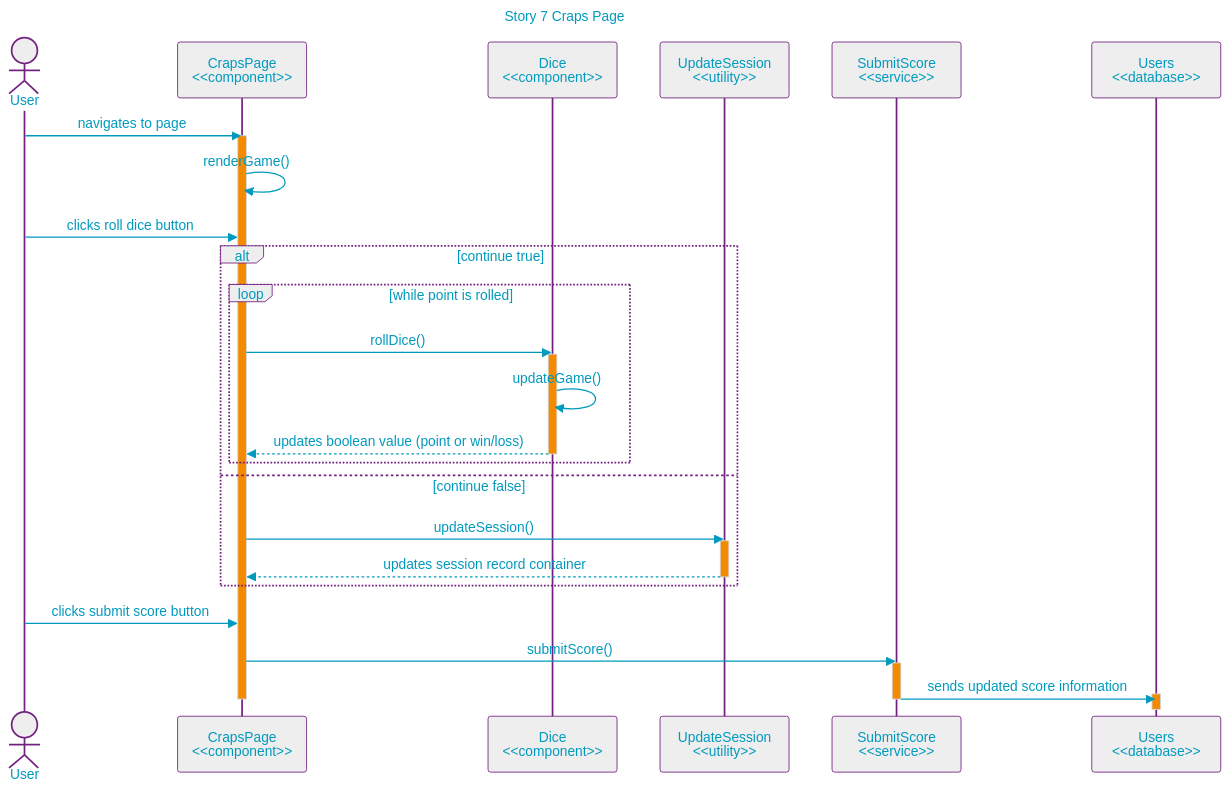
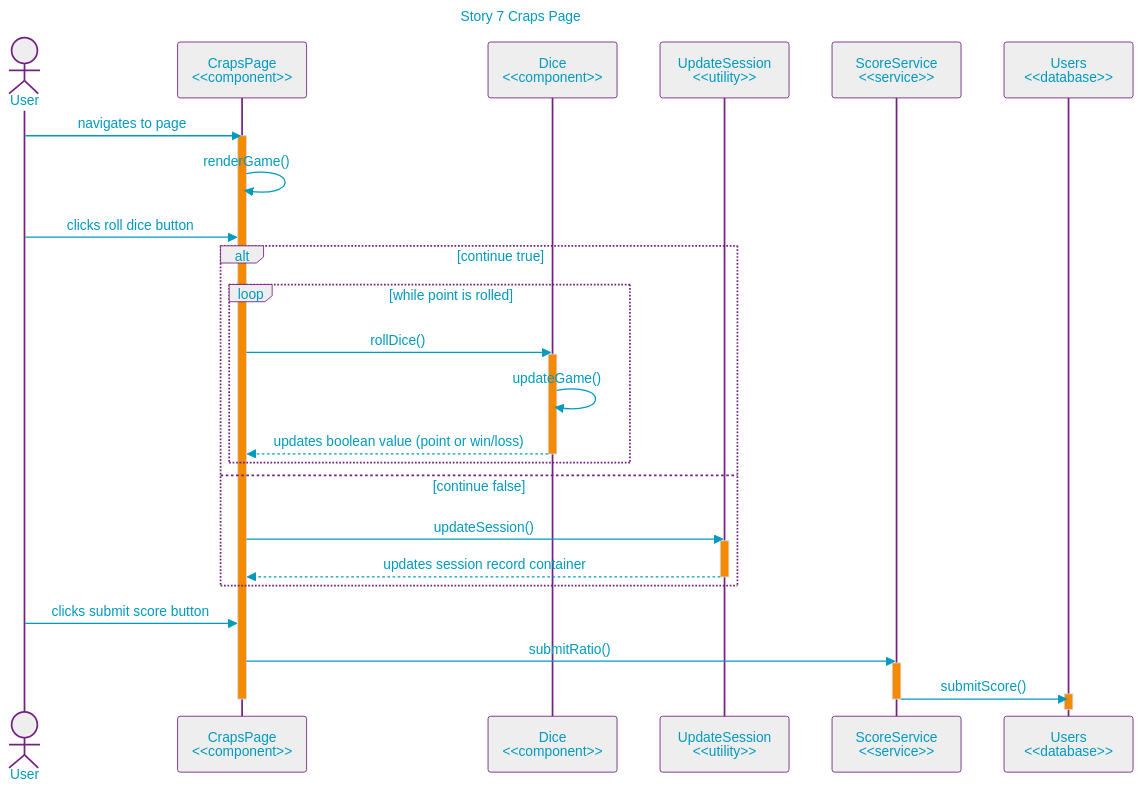
The diagram in uml/seq-story7-craps-page.md (null-0ne/COSA-195-Gamehub), drawn with Mermaid before and after one commit. The commit also changed 1 other file, not shown here.

Commit message:
Updated SEQ & ERD diagrams to match changes

````diff
--- a/uml/seq-story7-craps-page.md
+++ b/uml/seq-story7-craps-page.md
@@ -3,50 +3,50 @@
 ```mermaid
 %%{init:{"securityLevel":"loose","layout":"elk","elk":{"nodePlacementStrategy":"NETWORK_SIMPLEX"},"theme":"base",
 "themeVariables":{"primaryColor":"#EEE","primaryTextColor":"#009ABE","primaryBorderColor":"#732181","lineColor":"#009ABE","noteBorderColor":"#732181","noteBkgColor":"#F38A00","activationBkgColor":"#F38A00"    }
 }}%%
 %%----------------------- MERMAID MARKUP BELOW --------------------%%
 
 
 sequenceDiagram
 title: Story 7 Craps Page
 
     actor u as User
     participant craps as CrapsPage<br><<component>>
     participant dice as Dice<br><<component>>
     participant ups as UpdateSession<br><<utility>>
-    participant ss as SubmitScore<br><<service>>
+    participant ss as ScoreService<br><<service>>
     participant js as Users<br><<database>>
 
     u->>craps: navigates to page
     activate craps
 
     craps->>craps: renderGame()
     u->>craps: clicks roll dice button
 
     alt continue true
         loop while point is rolled
             craps->>dice: rollDice()
             activate dice
             dice->>dice: updateGame()
             dice-->>craps: updates boolean value (point or win/loss)
             deactivate dice
     end
 
     else continue false
         craps->>ups: updateSession()
         activate ups
         ups-->>craps: updates session record container
         deactivate ups
     end
 
     u->>craps: clicks submit score button
-    craps->>ss: submitScore()
+    craps->>ss: submitRatio()
     activate ss
-    ss->>js: sends updated score information
+    ss->>js: submitScore()
     activate js
     deactivate js
     deactivate ss
     deactivate craps
 
 %%----------------------- MERMAID MARKUP ABOVE --------------------%%
 ```
````
